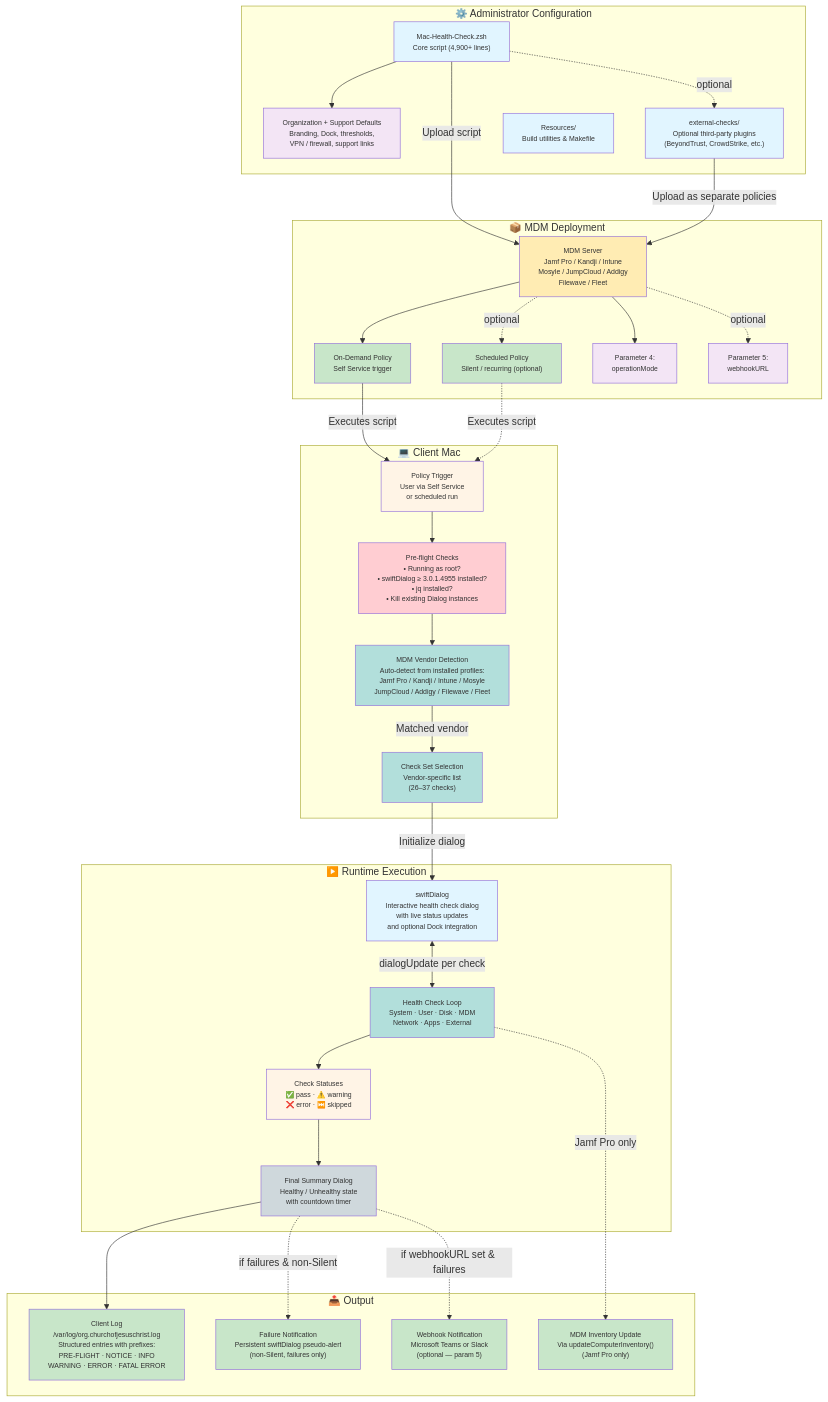
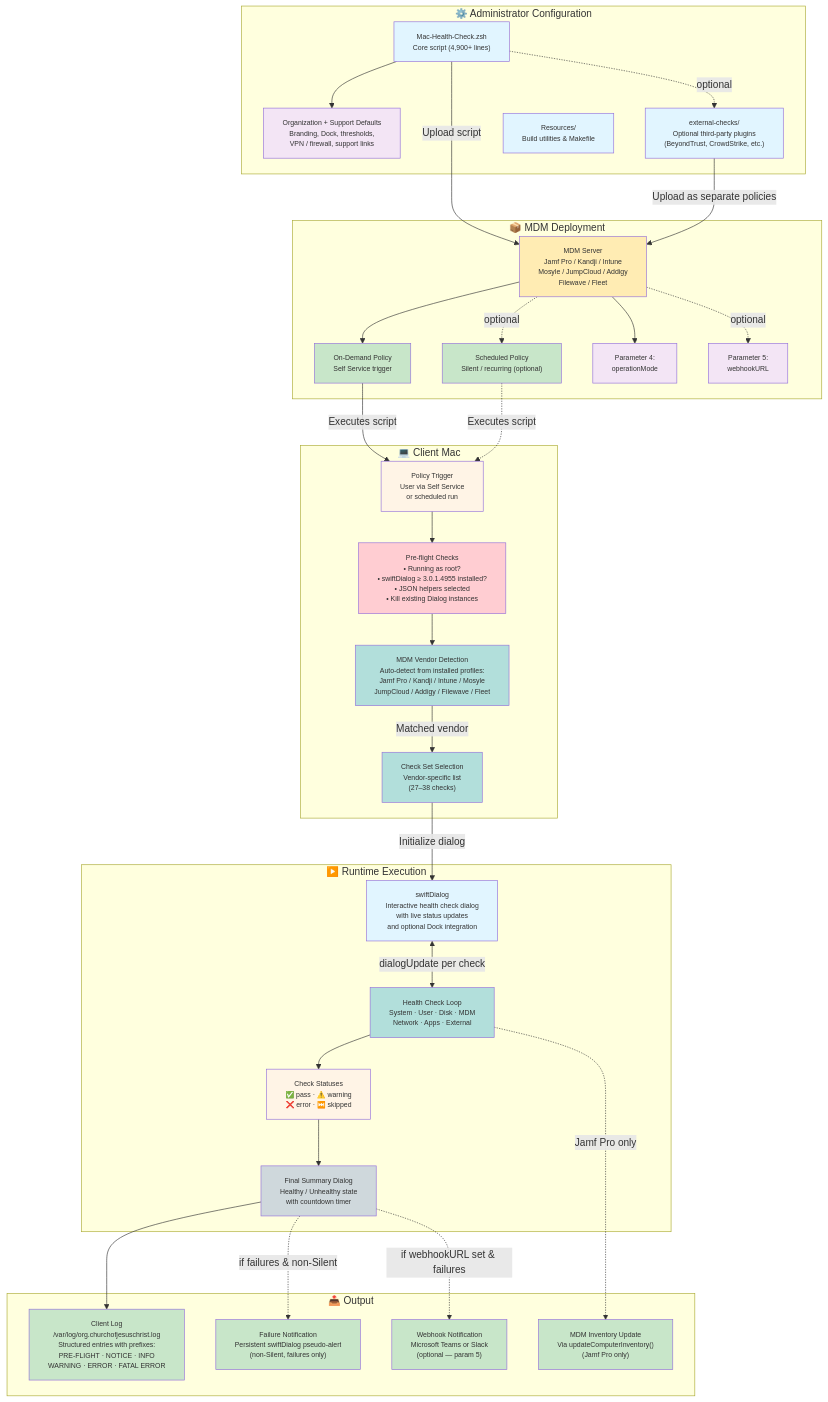
The diagram in Diagrams/01-system-architecture.md (HowardGMac/Mac-Health-Check), drawn with Mermaid before and after one commit. The commit also changed other lines of this file and 6 other files, not shown here.

```diff
--- a/Diagrams/01-system-architecture.md
+++ b/Diagrams/01-system-architecture.md
@@ -42,9 +42,9 @@
 
     subgraph Client["💻 Client Mac"]
         TRIGGER["Policy Trigger<br>User via Self Service<br>or scheduled run"]
-        PREFLIGHT["Pre-flight Checks<br>• Running as root?<br>• swiftDialog ≥ 3.0.1.4955 installed?<br>• jq installed?<br>• Kill existing Dialog instances"]
+        PREFLIGHT["Pre-flight Checks<br>• Running as root?<br>• swiftDialog ≥ 3.0.1.4955 installed?<br>• JSON helpers selected<br>• Kill existing Dialog instances"]
         MDMDETECT["MDM Vendor Detection<br>Auto-detect from installed profiles:<br>Jamf Pro / Kandji / Intune / Mosyle<br>JumpCloud / Addigy / Filewave / Fleet"]
-        CHECKLIST["Check Set Selection<br>Vendor-specific list<br>(26–37 checks)"]
+        CHECKLIST["Check Set Selection<br>Vendor-specific list<br>(27–38 checks)"]
 
         POLICY -->|Executes script| TRIGGER
         SILENT -.->|Executes script| TRIGGER
```
